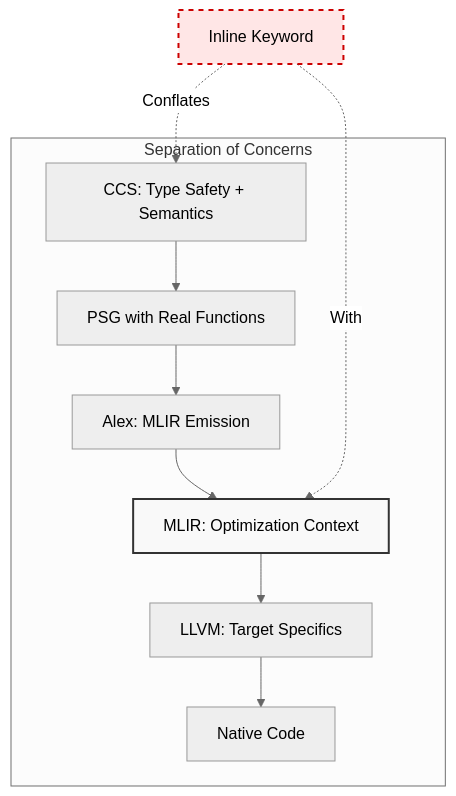
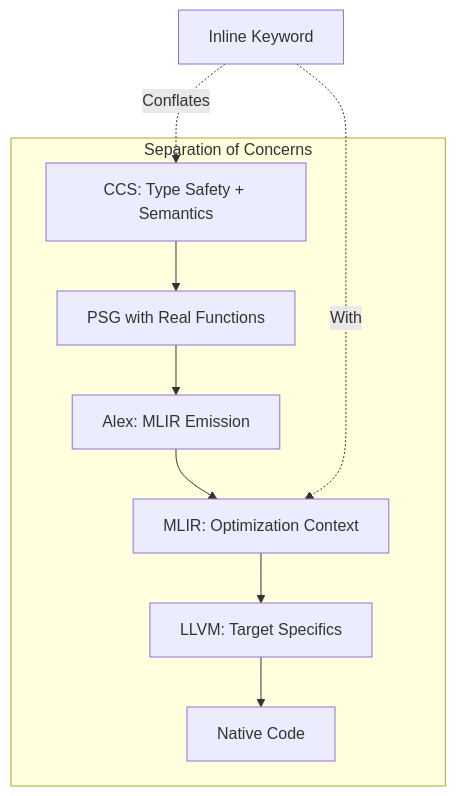
The second of 2 diagrams in hugo/content/docs/design/compilation/getting-inline.md (FidelityFramework/clef-lang-site), drawn with Mermaid before and after one commit. The commit also changed other lines of this file and 20 other files, not shown here.

Commit message:
clear formatting of mermaid markup

````diff
--- a/hugo/content/docs/design/compilation/getting-inline.md
+++ b/hugo/content/docs/design/compilation/getting-inline.md
@@ -353,17 +351,14 @@
 ```mermaid
-%%{init: {'theme': 'neutral'}}%%
 flowchart TD
     subgraph "Separation of Concerns"
         A[CCS: Type Safety + Semantics] --> B[PSG with Real Functions]
         B --> C[Alex: MLIR Emission]
         C --> D[MLIR: Optimization Context]
         D --> E[LLVM: Target Specifics]
         E --> F[Native Code]
     end
 
     G[Inline Keyword] -.->|"Conflates"| A
     G -.->|"With"| D
 
-    style D fill:#f9f9f9,stroke:#333,stroke-width:2px
-    style G fill:#ffe6e6,stroke:#cc0000,stroke-width:2px,stroke-dasharray: 5 5
 ```
````
